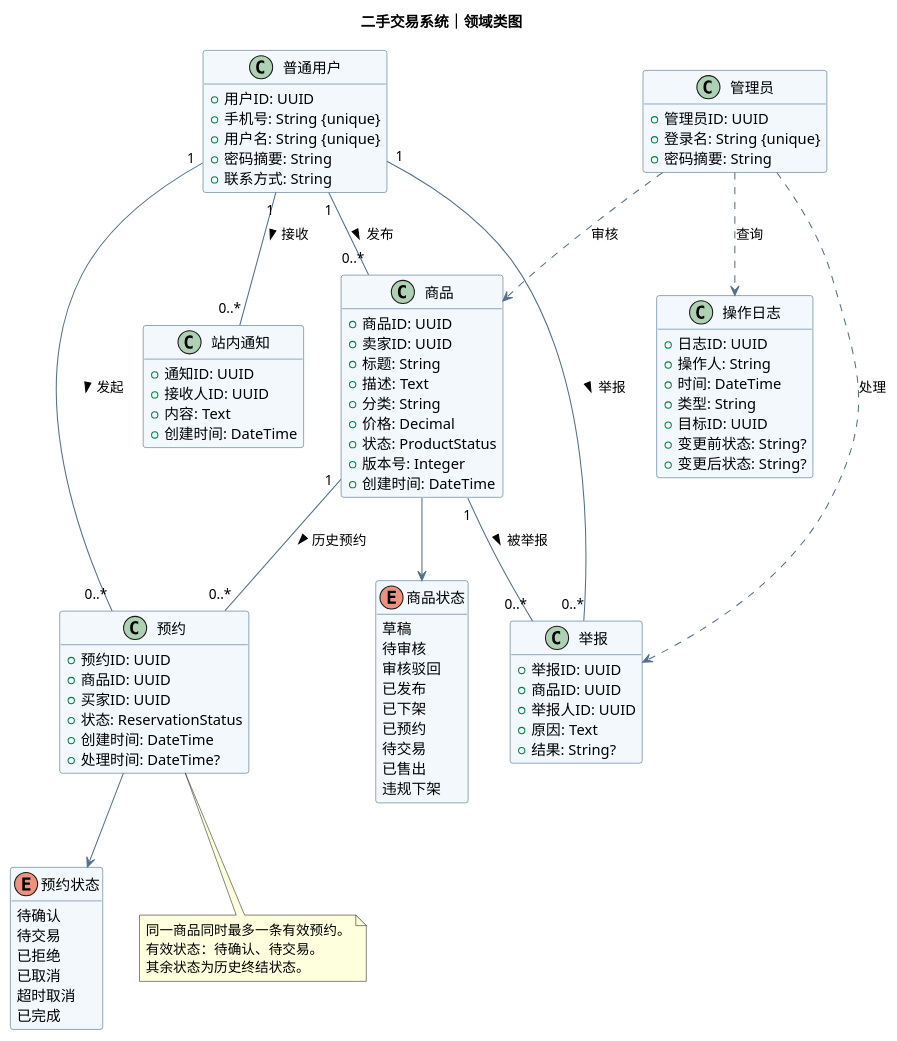
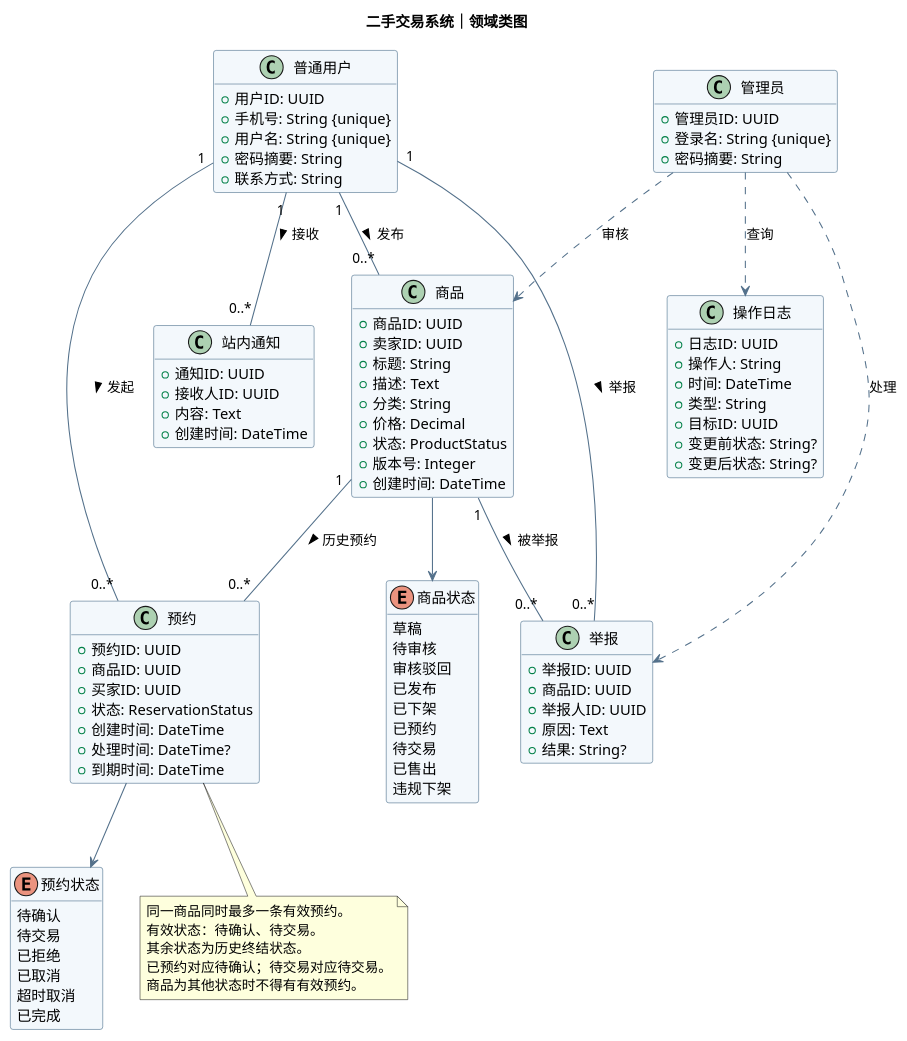
One commit to wxdwxdwxdzxzx/software-engineering-labs changed the diagram in 实验二/UML/UML类图.puml. Above: the diagram before and after it, drawn with PlantUML. The commit also changed 9 other files, not shown here.

```diff
--- a/实验二/UML/UML类图.puml
+++ b/实验二/UML/UML类图.puml
@@ -1,99 +1,102 @@
 @startuml
 title 二手交易系统｜领域类图
 skinparam defaultFontName Microsoft YaHei
 skinparam backgroundColor #FFFFFF
 skinparam classBackgroundColor #F3F8FC
 skinparam classBorderColor #355C7D
 skinparam ArrowColor #54718B
 skinparam shadowing false
 hide empty methods
 
 enum "商品状态" as ProductStatus {
   草稿
   待审核
   审核驳回
   已发布
   已下架
   已预约
   待交易
   已售出
   违规下架
 }
 enum "预约状态" as ReservationStatus {
   待确认
   待交易
   已拒绝
   已取消
   超时取消
   已完成
 }
 class "普通用户" as User {
   +用户ID: UUID
   +手机号: String {unique}
   +用户名: String {unique}
   +密码摘要: String
   +联系方式: String
 }
 class "管理员" as Admin {
   +管理员ID: UUID
   +登录名: String {unique}
   +密码摘要: String
 }
 class "商品" as Product {
   +商品ID: UUID
   +卖家ID: UUID
   +标题: String
   +描述: Text
   +分类: String
   +价格: Decimal
   +状态: ProductStatus
   +版本号: Integer
   +创建时间: DateTime
 }
 class "预约" as Reservation {
   +预约ID: UUID
   +商品ID: UUID
   +买家ID: UUID
   +状态: ReservationStatus
   +创建时间: DateTime
   +处理时间: DateTime?
+  +到期时间: DateTime
 }
 class "举报" as Report {
   +举报ID: UUID
   +商品ID: UUID
   +举报人ID: UUID
   +原因: Text
   +结果: String?
 }
 class "站内通知" as Notice {
   +通知ID: UUID
   +接收人ID: UUID
   +内容: Text
   +创建时间: DateTime
 }
 class "操作日志" as AuditLog {
   +日志ID: UUID
   +操作人: String
   +时间: DateTime
   +类型: String
   +目标ID: UUID
   +变更前状态: String?
   +变更后状态: String?
 }
 User "1" -- "0..*" Product : 发布 >
 User "1" -- "0..*" Reservation : 发起 >
 Product "1" -- "0..*" Reservation : 历史预约 >
 User "1" -- "0..*" Report : 举报 >
 Product "1" -- "0..*" Report : 被举报 >
 User "1" -- "0..*" Notice : 接收 >
 Product --> ProductStatus
 Reservation --> ReservationStatus
 Admin ..> AuditLog : 查询
 Admin ..> Product : 审核
 Admin ..> Report : 处理
 note bottom of Reservation
   同一商品同时最多一条有效预约。
   有效状态：待确认、待交易。
   其余状态为历史终结状态。
+  已预约对应待确认；待交易对应待交易。
+  商品为其他状态时不得有有效预约。
 end note
 @enduml
```
